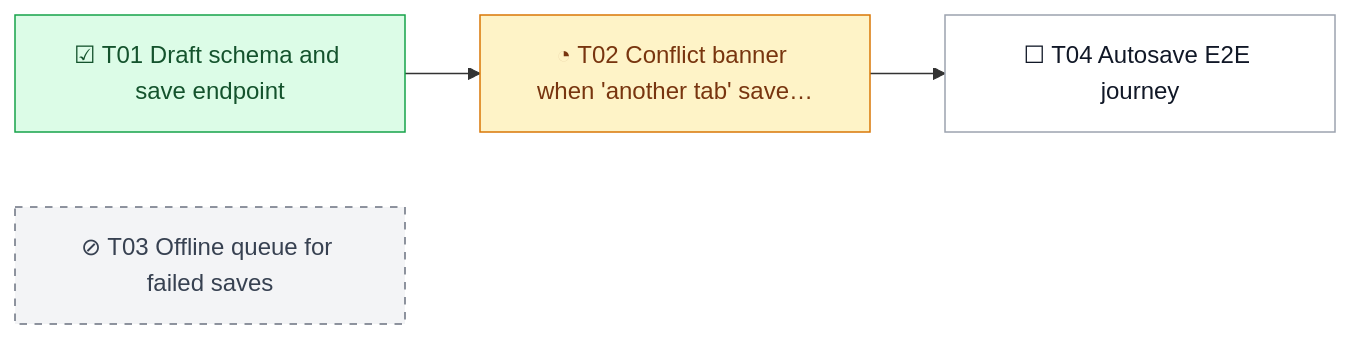
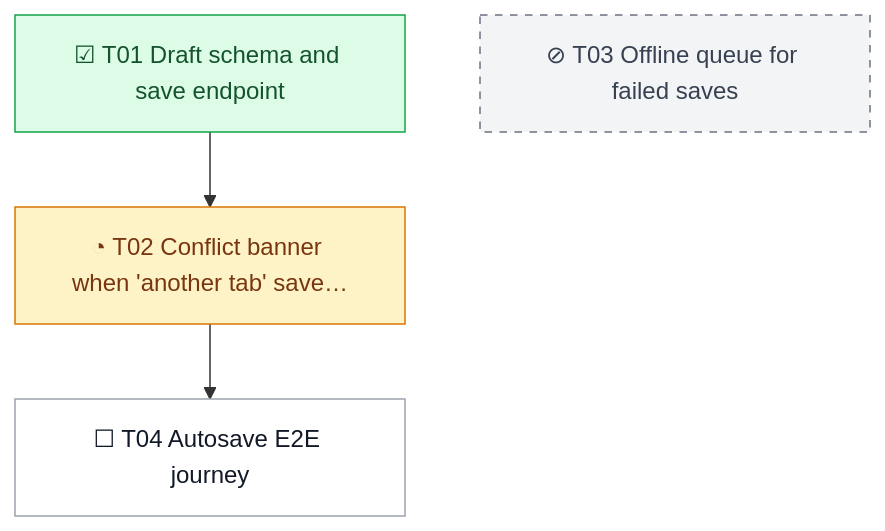
One commit to claudio-silva/ai-toolbox changed the fifth of 5 diagrams in skills/claude-code/crew/README.md. Above: the diagram before and after it, drawn with Mermaid. The commit also changed 2 other files, not shown here.

Commit message:
status.md improvements

````diff
--- a/skills/claude-code/crew/README.md
+++ b/skills/claude-code/crew/README.md
@@ -134,13 +134,13 @@
 ```mermaid
-flowchart LR
+flowchart TD
   T01["☑ T01 Draft schema and save endpoint"]:::accepted
   T02["◔ T02 Conflict banner when 'another tab' save…"]:::progress
   T03["⊘ T03 Offline queue for failed saves"]:::blocked
   T04["☐ T04 Autosave E2E journey"]:::pending
   T01 --> T02
   T02 --> T04
   classDef accepted fill:#dcfce7,stroke:#16a34a,color:#14532d
   classDef progress fill:#fef3c7,stroke:#d97706,color:#78350f
   classDef blocked fill:#f3f4f6,stroke:#6b7280,color:#374151,stroke-dasharray:5 5
   classDef pending fill:#ffffff,stroke:#9ca3af,color:#111827
 ```
````
